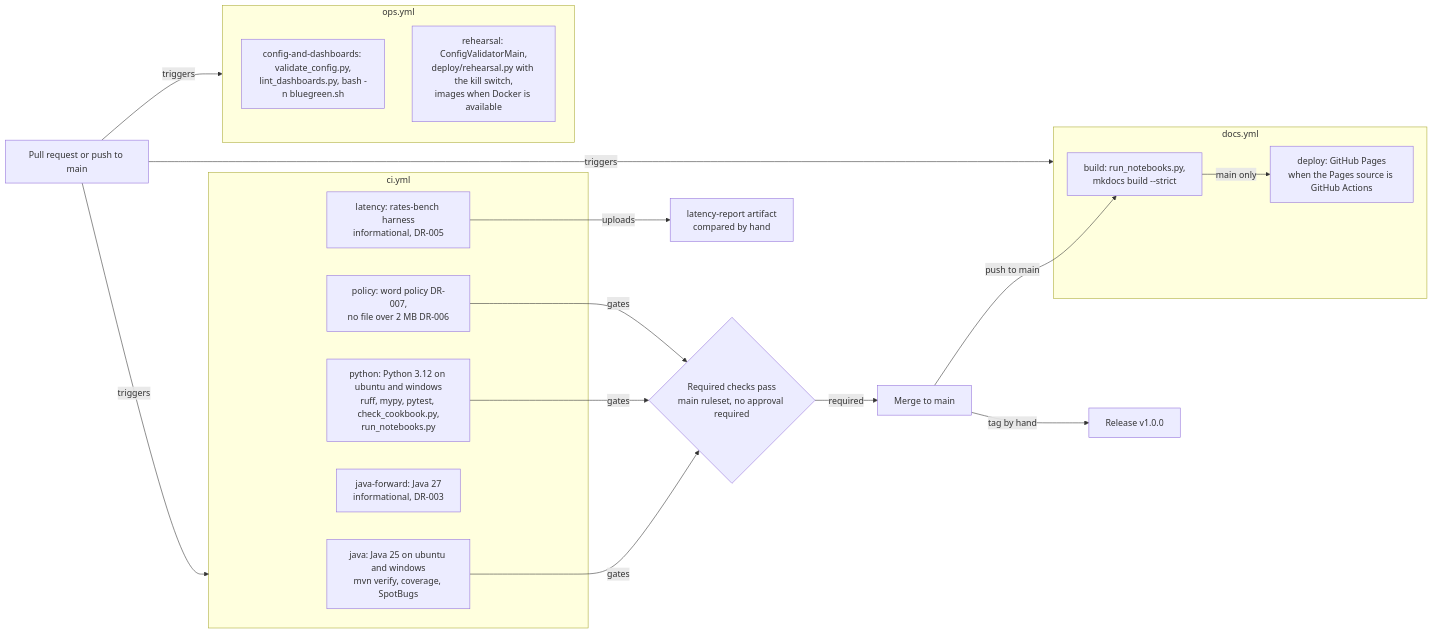
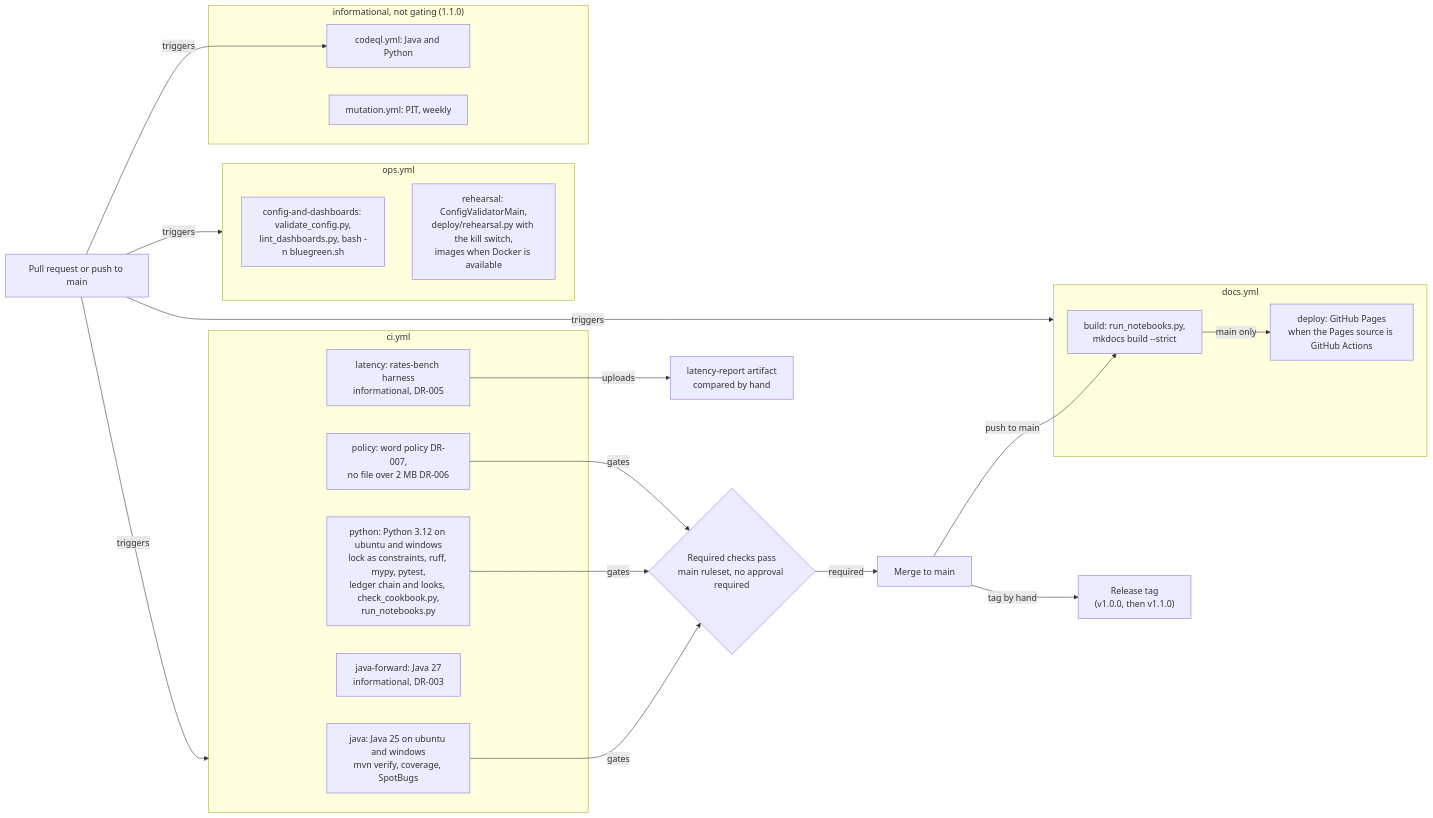
Before and after one commit to AshJha0/rates-algo-trading: the diagram in docs/diagrams/ci_pipeline.mmd, drawn with Mermaid. The commit also changed 3 other files, not shown here.

Commit message:
docs: site home, reviewer summary and CI diagram for 1.1.0; golden count 225

```diff
--- a/docs/diagrams/ci_pipeline.mmd
+++ b/docs/diagrams/ci_pipeline.mmd
@@ -1,34 +1,39 @@
 %% Title: CI, docs and ops workflows on a pull request and on main
 flowchart LR
   pr["Pull request or push to main"]
   subgraph ci["ci.yml"]
     java["java: Java 25 on ubuntu and windows<br/>mvn verify, coverage, SpotBugs"]
-    python["python: Python 3.12 on ubuntu and windows<br/>ruff, mypy, pytest, check_cookbook.py,<br/>run_notebooks.py"]
+    python["python: Python 3.12 on ubuntu and windows<br/>lock as constraints, ruff, mypy, pytest,<br/>ledger chain and looks, check_cookbook.py,<br/>run_notebooks.py"]
     policy["policy: word policy DR-007,<br/>no file over 2 MB DR-006"]
     fwd["java-forward: Java 27<br/>informational, DR-003"]
     lat["latency: rates-bench harness<br/>informational, DR-005"]
   end
   subgraph docs["docs.yml"]
     build["build: run_notebooks.py,<br/>mkdocs build --strict"]
     deploy["deploy: GitHub Pages<br/>when the Pages source is GitHub Actions"]
   end
   subgraph ops["ops.yml"]
     cfg["config-and-dashboards: validate_config.py,<br/>lint_dashboards.py, bash -n bluegreen.sh"]
     reh["rehearsal: ConfigValidatorMain,<br/>deploy/rehearsal.py with the kill switch,<br/>images when Docker is available"]
   end
+  subgraph info["informational, not gating (1.1.0)"]
+    codeql["codeql.yml: Java and Python"]
+    pit["mutation.yml: PIT, weekly"]
+  end
   gate{"Required checks pass<br/>main ruleset, no approval required"}
   merge["Merge to main"]
   report["latency-report artifact<br/>compared by hand"]
-  release["Release v1.0.0"]
+  release["Release tag<br/>(v1.0.0, then v1.1.0)"]
 
   pr -->|triggers| ci
   pr -->|triggers| docs
   pr -->|triggers| ops
+  pr -->|triggers| codeql
   java -->|gates| gate
   python -->|gates| gate
   policy -->|gates| gate
   lat -->|uploads| report
   gate -->|required| merge
   merge -->|push to main| build
   build -->|main only| deploy
   merge -->|tag by hand| release
```
